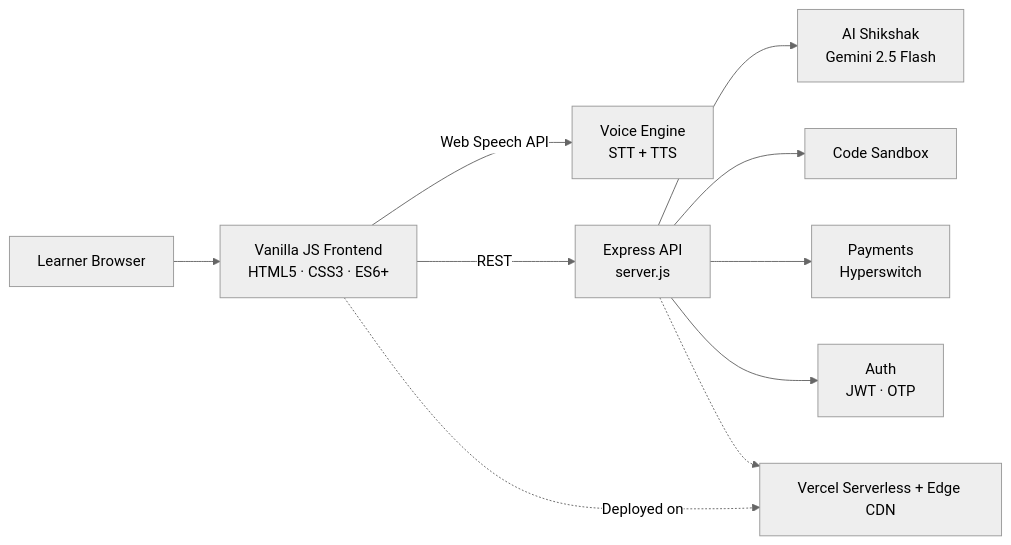
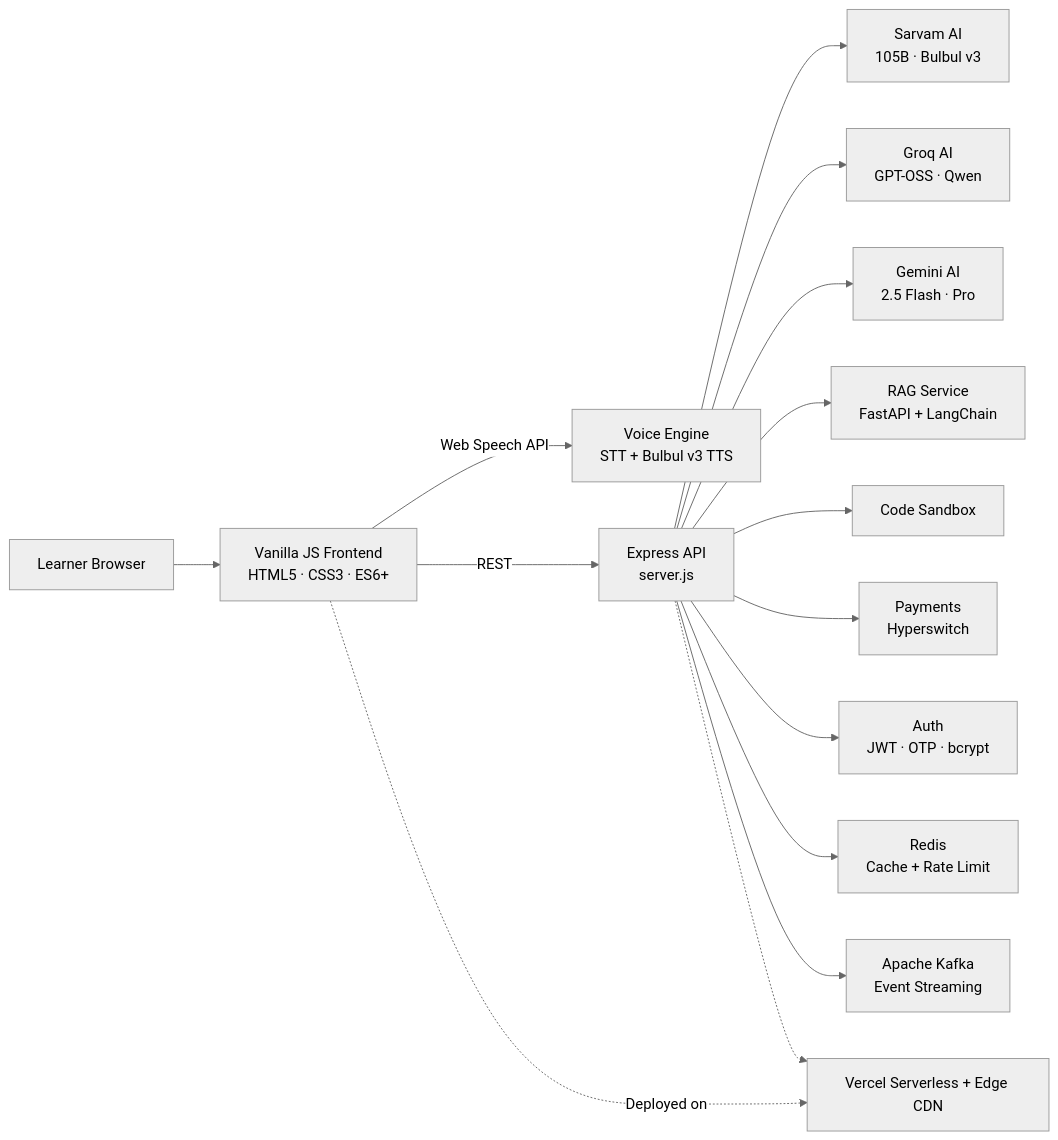
One commit to techindro/tech-indro-official changed the diagram in README.md. Above: the diagram before and after it, drawn with Mermaid (neutral theme). The commit also changed other lines of this file and 24 other files, not shown here.

First line of the commit message:
feat: Integrate SarvamAI Sarvam-105B LLM & Bulbul v3 TTS Engine

````diff
--- a/README.md
+++ b/README.md
@@ -60,12 +69,17 @@
 ```mermaid
 flowchart LR
     U[Learner Browser] --> FE[Vanilla JS Frontend<br/>HTML5 · CSS3 · ES6+]
-    FE -->|Web Speech API| V[Voice Engine<br/>STT + TTS]
+    FE -->|Web Speech API| V[Voice Engine<br/>STT + Bulbul v3 TTS]
     FE -->|REST| API[Express API<br/>server.js]
-    API --> AI[AI Shikshak<br/>Gemini 2.5 Flash]
+    API --> SARVAM[Sarvam AI<br/>105B · Bulbul v3]
+    API --> GROQ[Groq AI<br/>GPT-OSS · Qwen]
+    API --> GEMINI[Gemini AI<br/>2.5 Flash · Pro]
+    API --> RAG[RAG Service<br/>FastAPI + LangChain]
     API --> SBX[Code Sandbox]
     API --> PAY[Payments<br/>Hyperswitch]
-    API --> AUTH[Auth<br/>JWT · OTP]
+    API --> AUTH[Auth<br/>JWT · OTP · bcrypt]
+    API --> REDIS[Redis<br/>Cache + Rate Limit]
+    API --> KAFKA[Apache Kafka<br/>Event Streaming]
     FE -.->|Deployed on| VC[Vercel Serverless + Edge CDN]
     API -.-> VC
 ```
````
